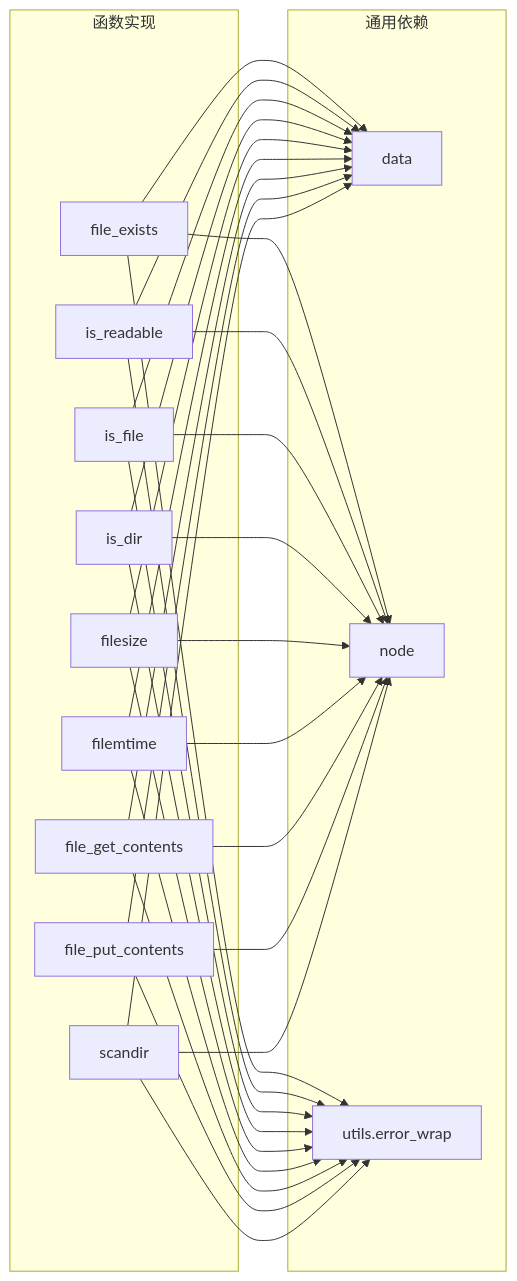
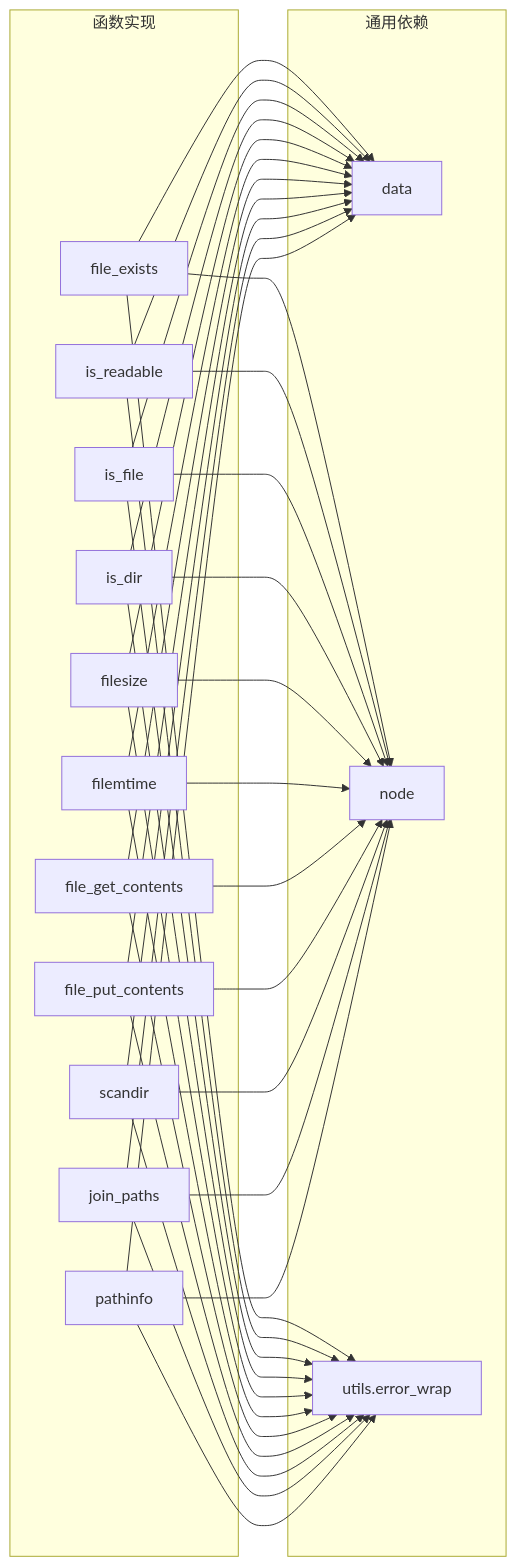
The ninth of 9 diagrams in .qoder/repowiki/zh/content/PHP集成/PHP标准库/文件系统函数.md (php-any/origami), drawn with Mermaid before and after one commit. The commit also changed other lines of this file and 21 other files, not shown here.

````diff
--- a/.qoder/repowiki/zh/content/PHP集成/PHP标准库/文件系统函数.md
+++ b/.qoder/repowiki/zh/content/PHP集成/PHP标准库/文件系统函数.md
@@ -277,46 +341,54 @@
 ```mermaid
 graph LR
 subgraph "函数实现"
 FE["file_exists"]
 IR["is_readable"]
 IF["is_file"]
 ID["is_dir"]
 FS["filesize"]
 FM["filemtime"]
 FG["file_get_contents"]
 FP["file_put_contents"]
 SD["scandir"]
+JP["join_paths"]
+PI["pathinfo"]
 end
 subgraph "通用依赖"
 D["data"]
 N["node"]
 U["utils.error_wrap"]
 end
 FE --> D
 FE --> N
 FE --> U
 IR --> D
 IR --> N
 IR --> U
 IF --> D
 IF --> N
 IF --> U
 ID --> D
 ID --> N
 ID --> U
 FS --> D
 FS --> N
 FS --> U
 FM --> D
 FM --> N
 FM --> U
 FG --> D
 FG --> N
 FG --> U
 FP --> D
 FP --> N
 FP --> U
 SD --> D
 SD --> N
 SD --> U
+JP --> D
+JP --> N
+JP --> U
+PI --> D
+PI --> N
+PI --> U
 ```
````
